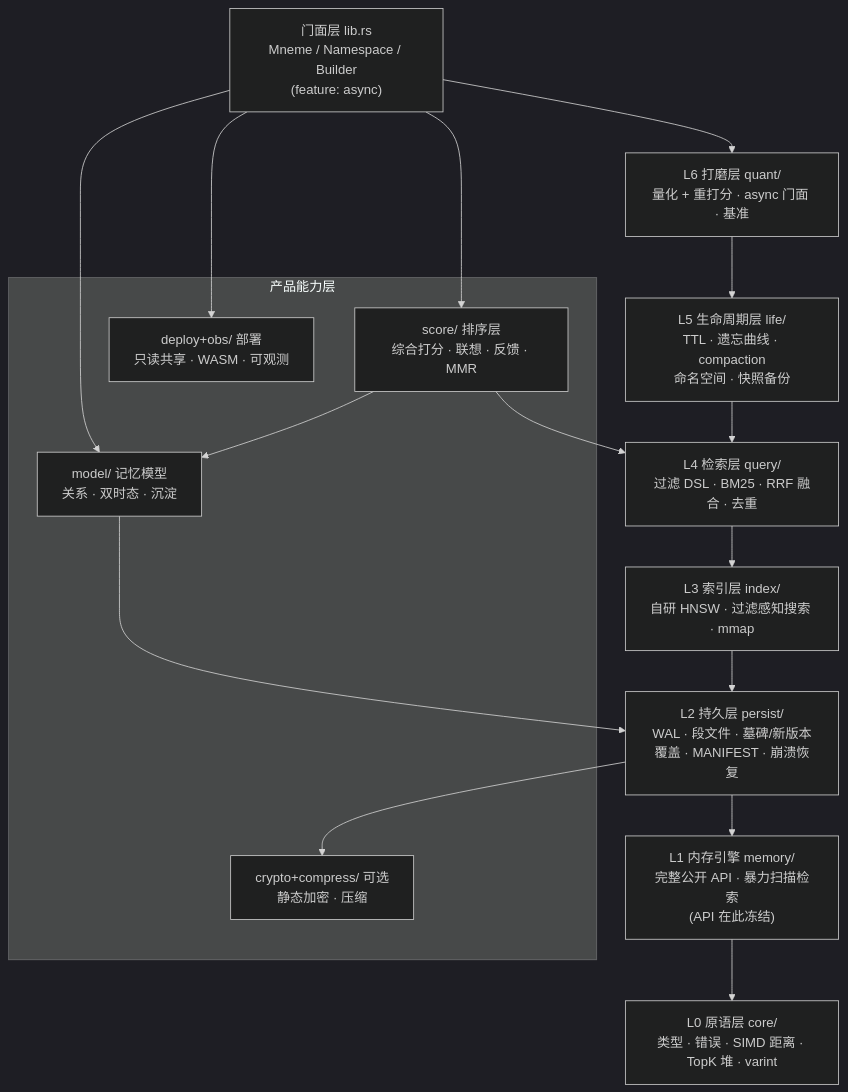
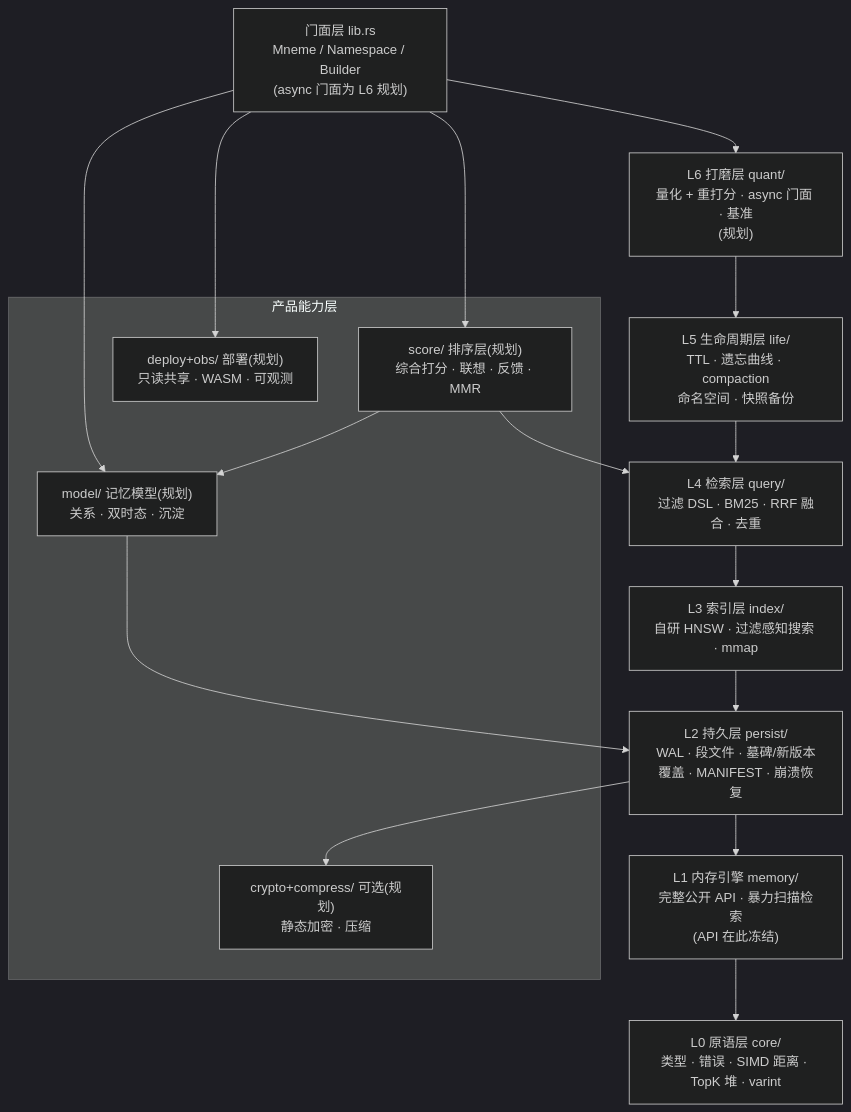
One commit to oxroot-crypto/mneme changed the diagram in docs/DESIGN.md. Above: the diagram before and after it, drawn with Mermaid (dark theme). The commit also changed other lines of this file and 110 other files, not shown here.

````diff
--- a/docs/DESIGN.md
+++ b/docs/DESIGN.md
@@ -24,27 +24,27 @@
 ```mermaid
 flowchart TD
-    F["门面层 lib.rs<br/>Mneme / Namespace / Builder<br/>(feature: async)"]
-    Q["L6 打磨层 quant/<br/>量化 + 重打分 · async 门面 · 基准"]
+    F["门面层 lib.rs<br/>Mneme / Namespace / Builder<br/>(async 门面为 L6 规划)"]
+    Q["L6 打磨层 quant/<br/>量化 + 重打分 · async 门面 · 基准<br/>(规划)"]
     L["L5 生命周期层 life/<br/>TTL · 遗忘曲线 · compaction<br/>命名空间 · 快照备份"]
     QL["L4 检索层 query/<br/>过滤 DSL · BM25 · RRF 融合 · 去重"]
     H["L3 索引层 index/<br/>自研 HNSW · 过滤感知搜索 · mmap"]
     P["L2 持久层 persist/<br/>WAL · 段文件 · 墓碑/新版本覆盖 · MANIFEST · 崩溃恢复"]
     M["L1 内存引擎 memory/<br/>完整公开 API · 暴力扫描检索<br/>(API 在此冻结)"]
     C["L0 原语层 core/<br/>类型 · 错误 · SIMD 距离 · TopK 堆 · varint"]
 
     subgraph 产品能力层
-        MD["model/ 记忆模型<br/>关系 · 双时态 · 沉淀"]
-        SC["score/ 排序层<br/>综合打分 · 联想 · 反馈 · MMR"]
-        SEC["crypto+compress/ 可选<br/>静态加密 · 压缩"]
-        DEP["deploy+obs/ 部署<br/>只读共享 · WASM · 可观测"]
+        MD["model/ 记忆模型(规划)<br/>关系 · 双时态 · 沉淀"]
+        SC["score/ 排序层(规划)<br/>综合打分 · 联想 · 反馈 · MMR"]
+        SEC["crypto+compress/ 可选(规划)<br/>静态加密 · 压缩"]
+        DEP["deploy+obs/ 部署(规划)<br/>只读共享 · WASM · 可观测"]
     end
 
     F --> Q --> L --> QL --> H --> P --> M --> C
     F --> MD
     F --> SC
     MD --> P
     SC --> QL
     SC --> MD
     P --> SEC
     F --> DEP
 ```
````
